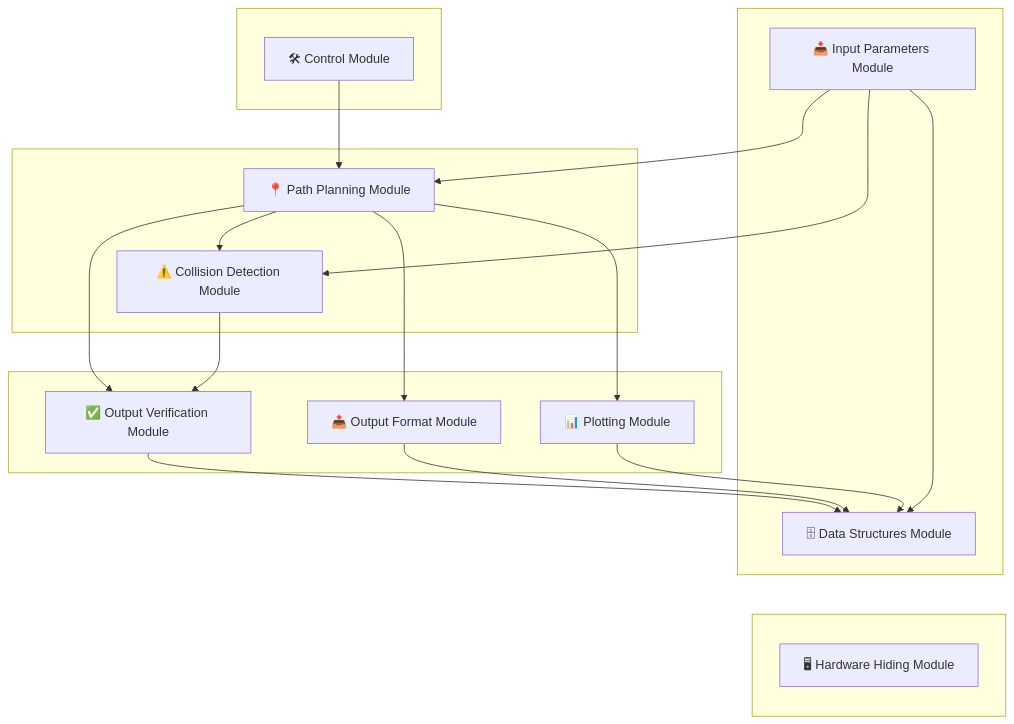
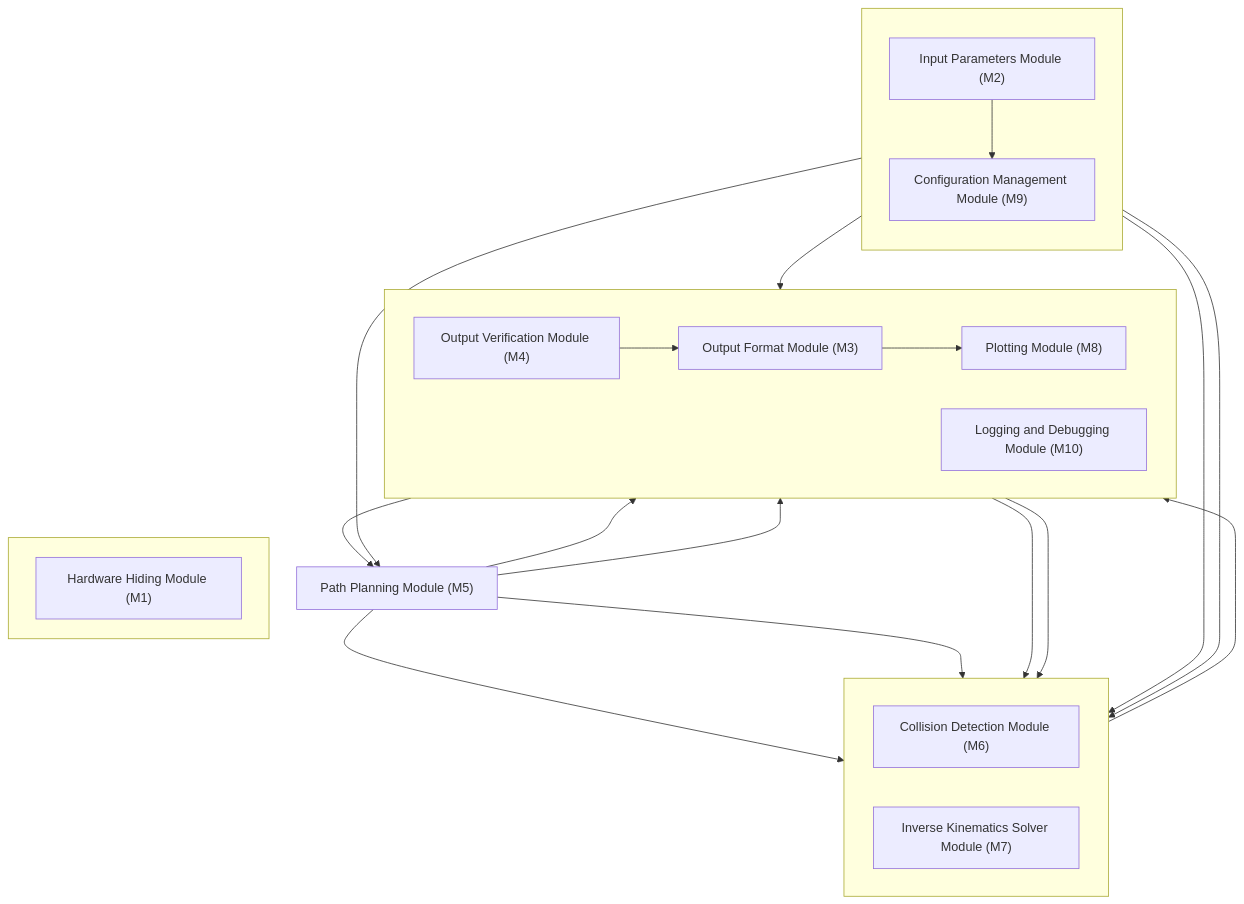
The diagram in docs/Design/SoftArchitecture/structure.mmd (FangZiyang/CAS741-Ryan), drawn with Mermaid before and after one commit. The commit also changed 3 other files, not shown here.

```diff
--- a/docs/Design/SoftArchitecture/structure.mmd
+++ b/docs/Design/SoftArchitecture/structure.mmd
@@ -1,50 +1,59 @@
-flowchart TD
+flowchart TD 
 
-    %% 控制模块（放在顶部）
-    subgraph ControlLayer [" "]
-        ControlModule["🛠 Control Module"]
+    %% 核心路径规划模块（单独放置）
+    PathPlanningModule["Path Planning Module (M5)"]
+
+    %% 主要计算模块（路径规划 + 逆运动学 + 碰撞检测）
+    subgraph CoreLayer [" "]
+        direction LR
+        CollisionDetectionModule["Collision Detection Module (M6)"]
+        InverseKinematicsModule["Inverse Kinematics Solver Module (M7)"]
     end
 
-    %% 核心路径规划和碰撞检测模块（放在中间）
-    subgraph CoreLayer [" "]
-        PathPlanningModule["📍 Path Planning Module"]
-        CollisionDetectionModule["⚠️ Collision Detection Module"]
+    %% 输入和配置管理模块
+    subgraph InputLayer [" "]
+        direction TB
+        InputParametersModule["Input Parameters Module (M2)"]
+        ConfigurationModule["Configuration Management Module (M9)"]
     end
 
-    %% 输入和数据存储模块（放在左侧）
-    subgraph InputLayer [" "]
-        InputParametersModule["📥 Input Parameters Module"]
-        DataStructuresModule["🗄 Data Structures Module"]
+    %% 输出、可视化和日志模块
+    subgraph OutputLayer [" "]
+        direction LR
+        OutputFormatModule["Output Format Module (M3)"]
+        OutputVerificationModule["Output Verification Module (M4)"]
+        PlottingModule["Plotting Module (M8)"]
+        LoggingModule["Logging and Debugging Module (M10)"]
     end
 
-    %% 输出、可视化和验证模块（放在右侧）
-    subgraph OutputLayer [" "]
-        OutputFormatModule["📤 Output Format Module"]
-        OutputVerificationModule["✅ Output Verification Module"]
-        PlottingModule["📊 Plotting Module"]
-    end
-
-    %% 硬件隐藏模块（放在右下角）
+    %% 硬件隐藏模块（单独放置）
     subgraph HardwareLayer [" "]
-        direction TB
-        HardwareHidingModule["🖥 Hardware Hiding Module"]
+        HardwareHidingModule["Hardware Hiding Module (M1)"]
     end
 
     %% 连接关系
-    ControlModule --> PathPlanningModule
     PathPlanningModule --> CollisionDetectionModule
+    PathPlanningModule --> InverseKinematicsModule
     PathPlanningModule --> OutputFormatModule
     PathPlanningModule --> OutputVerificationModule
-    PathPlanningModule --> PlottingModule
+
     CollisionDetectionModule --> OutputVerificationModule
-    OutputVerificationModule --> DataStructuresModule
-    OutputFormatModule --> DataStructuresModule
-    PlottingModule --> DataStructuresModule
+
+    OutputVerificationModule --> OutputFormatModule
+    OutputFormatModule --> PlottingModule
 
     %% `InputParametersModule` 交互
     InputParametersModule --> PathPlanningModule
     InputParametersModule --> CollisionDetectionModule
-    InputParametersModule --> DataStructuresModule
+    InputParametersModule --> InverseKinematicsModule
+    InputParametersModule --> ConfigurationModule
 
-    %% 硬件模块 (独立，不与其他模块交互，放在右下角)
-    DataStructuresModule ~~~ HardwareHidingModule
+    ConfigurationModule --> OutputVerificationModule
+
+    %% `Logging and Debugging Module` 连接
+    LoggingModule --> PathPlanningModule
+    LoggingModule --> CollisionDetectionModule
+    LoggingModule --> InverseKinematicsModule
+
+    %% 硬件模块 (单独放置，不与其他模块交互)
+    OutputVerificationModule ~~~ HardwareHidingModule
```
